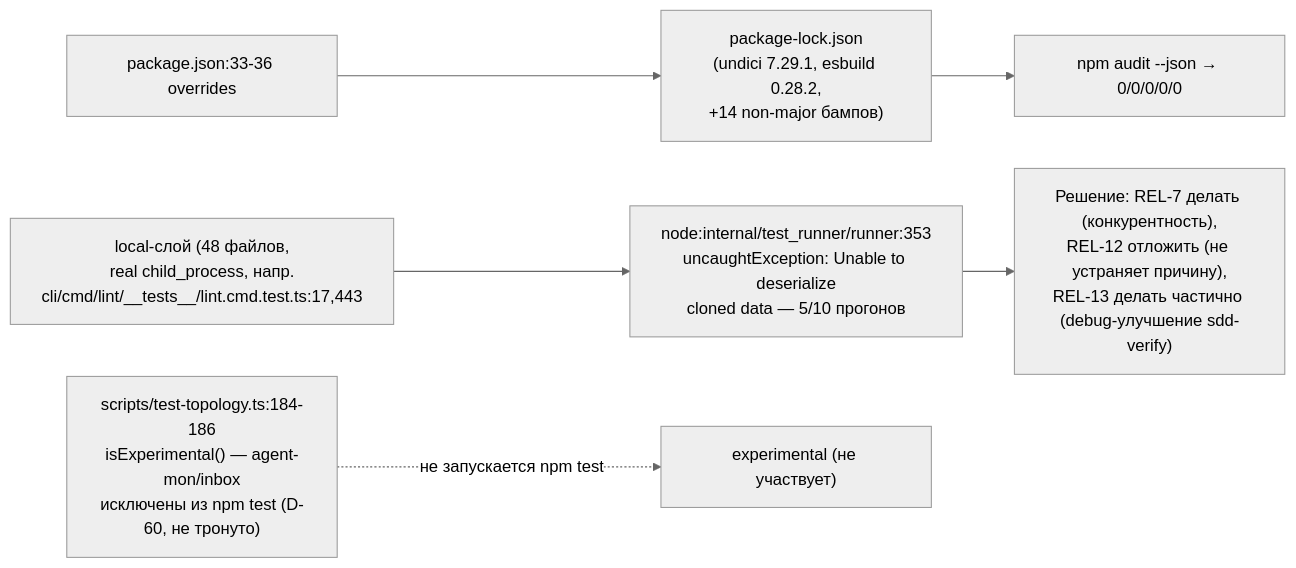
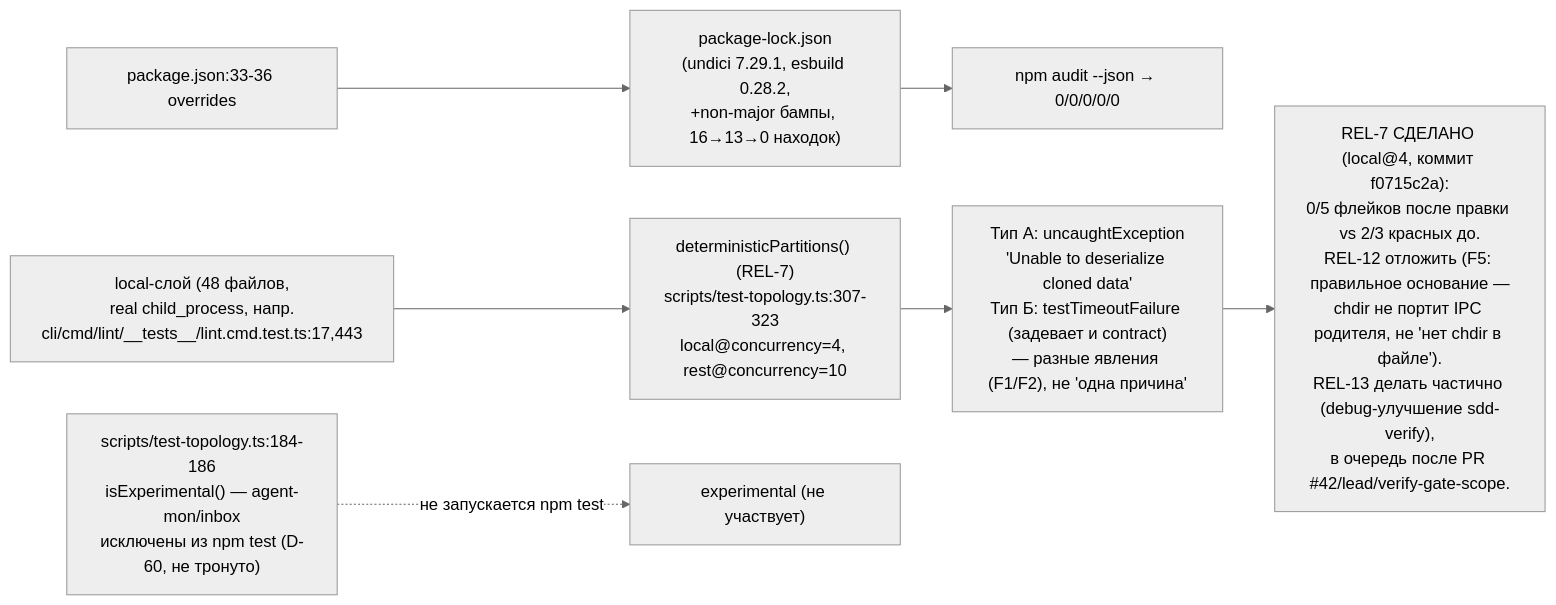
One commit to RubaXa/gennady changed the second of 2 diagrams in ai/drafts/research/sdd-v1-to-v2-transfer/_raw/reports/R-BATCH-03-test-flake-deps.md. Above: the diagram before and after it, drawn with Mermaid (neutral theme). The commit also changed other lines of this file and 10 other files, not shown here.

````diff
--- a/ai/drafts/research/sdd-v1-to-v2-transfer/_raw/reports/R-BATCH-03-test-flake-deps.md
+++ b/ai/drafts/research/sdd-v1-to-v2-transfer/_raw/reports/R-BATCH-03-test-flake-deps.md
@@ -48,13 +50,14 @@
 ```mermaid
 flowchart LR
-  PKG["package.json:33-36 overrides"] --> LOCK["package-lock.json\n(undici 7.29.1, esbuild 0.28.2,\n+14 non-major бампов)"]
+  PKG["package.json:33-36 overrides"] --> LOCK["package-lock.json\n(undici 7.29.1, esbuild 0.28.2,\n+non-major бампы, 16→13→0 находок)"]
   LOCK --> AUDIT0["npm audit --json → 0/0/0/0/0"]
   TOPO["scripts/test-topology.ts:184-186\nisExperimental() — agent-mon/inbox\nисключены из npm test (D-60, не тронуто)"]
   LOCAL["local-слой (48 файлов,\nreal child_process, напр.\ncli/cmd/lint/__tests__/lint.cmd.test.ts:17,443"]
-  CRASH["node:internal/test_runner/runner:353\nuncaughtException: Unable to deserialize\ncloned data — 5/10 прогонов"]
+  PART["deterministicPartitions() (REL-7)\nscripts/test-topology.ts:307-323\nlocal@concurrency=4, rest@concurrency=10"]
+  CRASH["Тип А: uncaughtException\n'Unable to deserialize cloned data'\nТип Б: testTimeoutFailure (задевает и contract)\n— разные явления (F1/F2), не 'одна причина'"]
   TOPO -.->|"не запускается npm test"| EXP2["experimental (не участвует)"]
-  LOCAL --> CRASH
-  DECISION["Решение: REL-7 делать (конкурентность),\nREL-12 отложить (не устраняет причину),\nREL-13 делать частично (debug-улучшение sdd-verify)"]
+  LOCAL --> PART --> CRASH
+  DECISION["REL-7 СДЕЛАНО (local@4, коммит f0715c2a):\n0/5 флейков после правки vs 2/3 красных до.\nREL-12 отложить (F5: правильное основание —\nchdir не портит IPC родителя, не 'нет chdir в файле').\nREL-13 делать частично (debug-улучшение sdd-verify),\nв очередь после PR #42/lead/verify-gate-scope."]
   CRASH --> DECISION
   style EXP2 fill:#eee,stroke:#999
 ```
````
